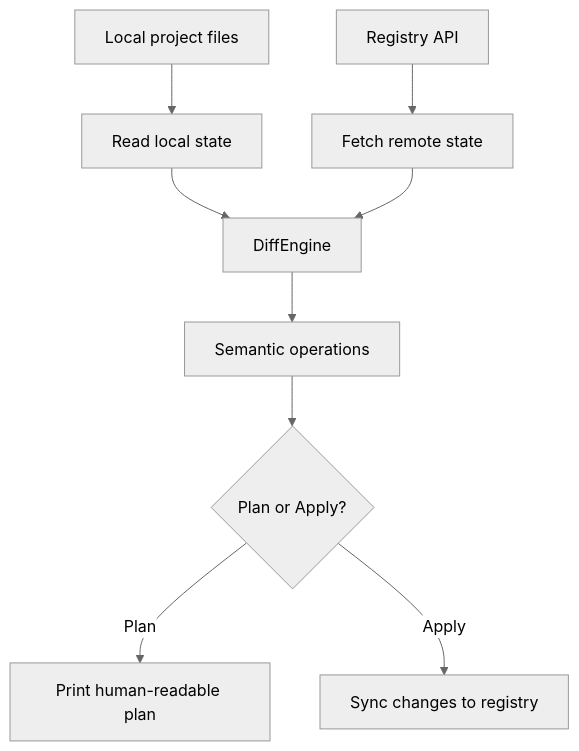
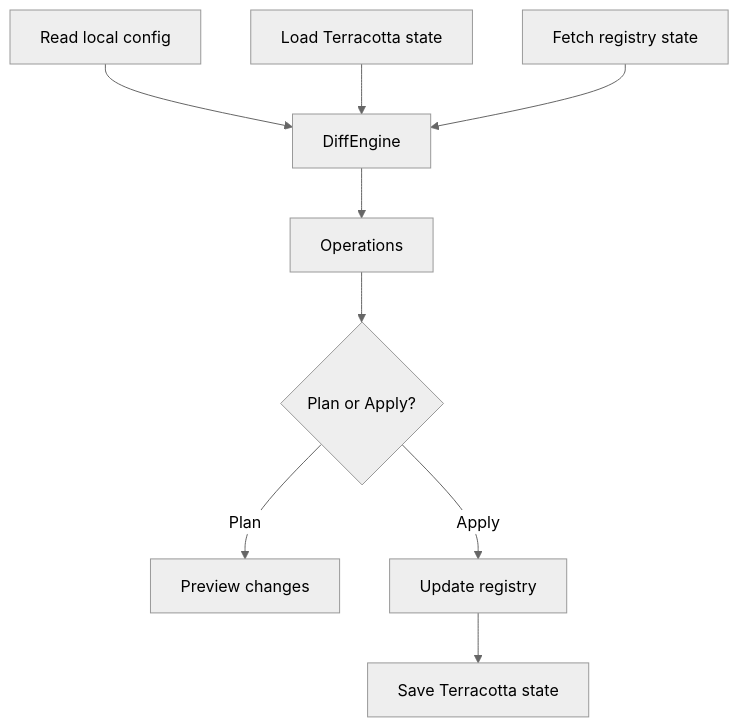
One commit to beduality/terracotta changed the diagram in docs/index.md. Above: the diagram before and after it, drawn with Mermaid (neutral theme). The commit also changed other lines of this file and 1 other file, not shown here.

Commit message:
docs: condense index.md intro with mermaid and accordions

````diff
--- a/docs/index.md
+++ b/docs/index.md
@@ -44,11 +39,11 @@
 ```mermaid
 flowchart TD
-    A[Local project files] --> B[Read local state]
-    C[Registry API] --> D[Fetch remote state]
-    B --> E[DiffEngine]
-    D --> E
-    E --> F[Semantic operations]
-    F --> G{Plan or Apply?}
-    G -->|Plan| H[Print human-readable plan]
-    G -->|Apply| I[Sync changes to registry]
+    A[Read local config] --> D[DiffEngine]
+    B[Load Terracotta state] --> D
+    C[Fetch registry state] --> D
+    D --> E[Operations]
+    E --> F{Plan or Apply?}
+    F -->|Plan| G[Preview changes]
+    F -->|Apply| H[Update registry]
+    H --> I[Save Terracotta state]
 ```
````
